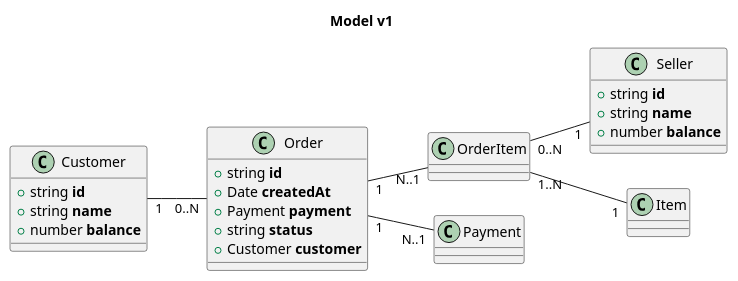
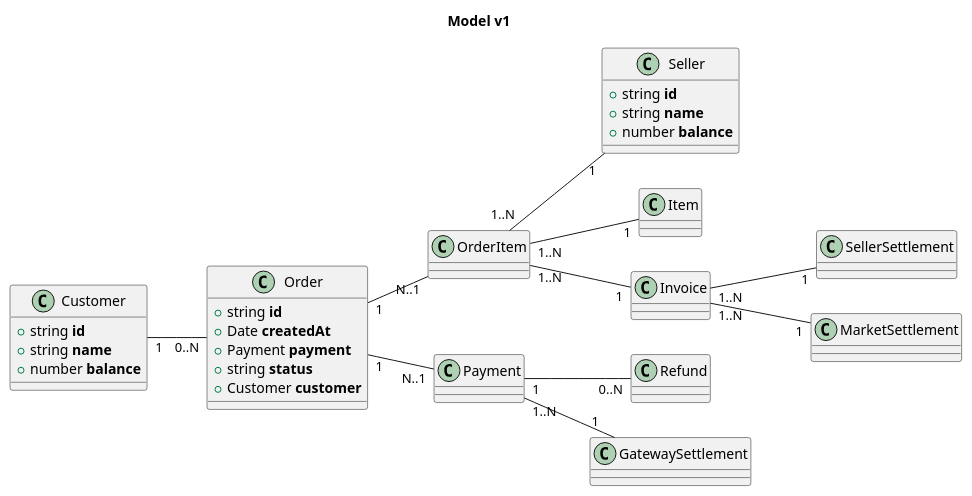
One commit to opsway/nodal changed the diagram in docs/model-v1.puml. Above: the diagram before and after it, drawn with PlantUML. The commit also changed 7 other files, not shown here.

```diff
--- a/docs/model-v1.puml
+++ b/docs/model-v1.puml
@@ -1,38 +1,37 @@
 @startuml
 
 title <b>Model v1</b>
 left to right direction
 skinparam shadowing false
 
 class Customer {
   +string **id**
   +string **name**
   +number **balance**
 }
 
 class Seller {
   +string **id**
   +string **name**
   +number **balance**
 }
 
 class Order {
   +string **id**
   +Date **createdAt**
   +Payment **payment**
   +string **status**
   +Customer **customer**
 }
 
-class OrderItem
-
-class Item
-
-class Payment
-
 Customer "1" -- "0..N" Order
 Order "1" -- "N..1" OrderItem
 Order "1" -- "N..1" Payment
+Payment "1" -- "0..N" Refund
 OrderItem "1..N" -- "1" Item
-OrderItem "0..N" -- "1" Seller
+OrderItem "1..N" -- "1" Seller
+OrderItem "1..N" -- "1" Invoice
+Payment "1..N" -- "1" GatewaySettlement
+Invoice "1..N" -- "1" SellerSettlement
+Invoice "1..N" -- "1" MarketSettlement
 @enduml
```
